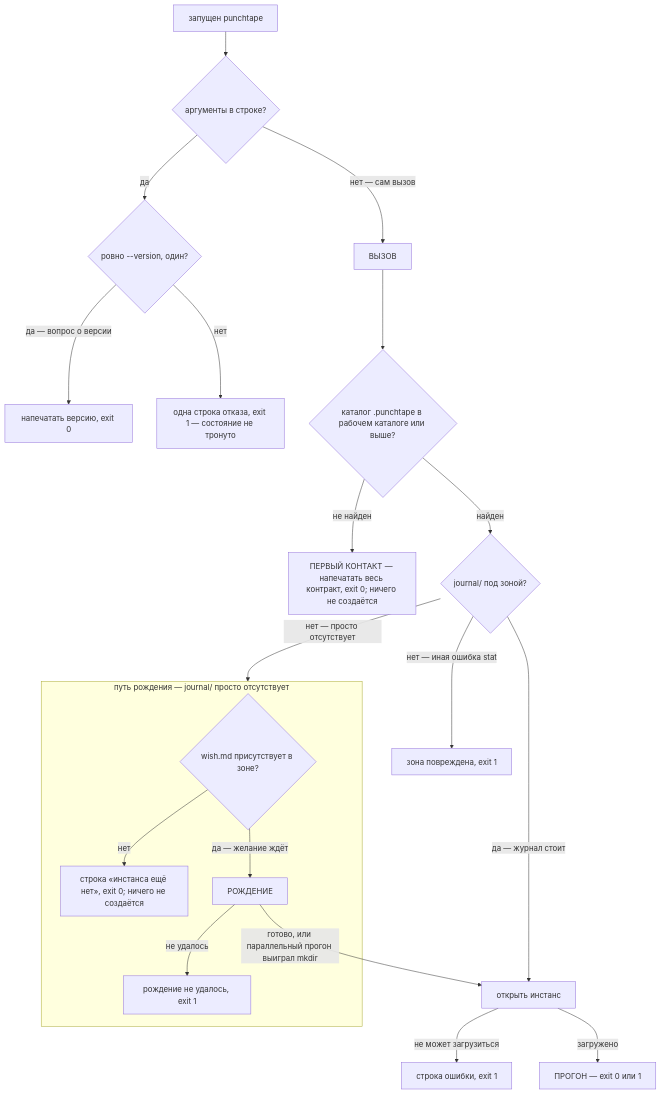
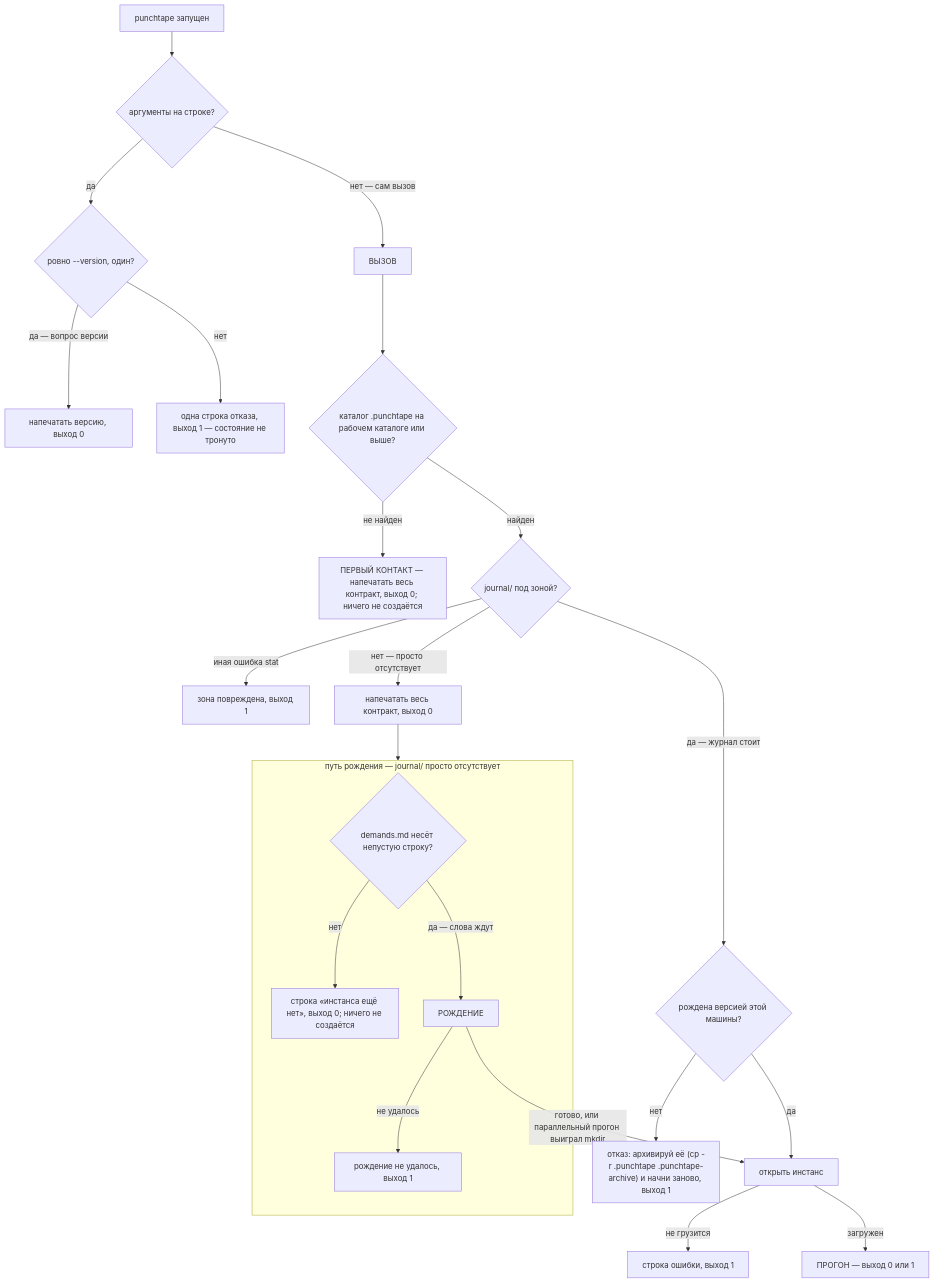
One commit to neurophant/punchtape changed the first of 9 diagrams in docs/ARCHITECTURE.ru.md. Above: the diagram before and after it, drawn with Mermaid. The commit also changed other lines of this file and 80 other files, not shown here.

````diff
--- a/docs/ARCHITECTURE.ru.md
+++ b/docs/ARCHITECTURE.ru.md
@@ -120,23 +126,26 @@
 ```mermaid
 flowchart TD
-    L["запущен punchtape"] --> ARGS{"аргументы в строке?"}
+    L["punchtape запущен"] --> ARGS{"аргументы на строке?"}
     ARGS -- "да" --> VER{"ровно --version, один?"}
-    VER -- "да — вопрос о версии" --> VOUT["напечатать версию, exit 0"]
-    VER -- "нет" --> REF["одна строка отказа, exit 1 — состояние не тронуто"]
+    VER -- "да — вопрос версии" --> VOUT["напечатать версию, выход 0"]
+    VER -- "нет" --> REF["одна строка отказа, выход 1 — состояние не тронуто"]
     ARGS -- "нет — сам вызов" --> CALL["ВЫЗОВ"]
-    CALL --> ZONE{"каталог .punchtape в рабочем каталоге или выше?"}
-    ZONE -- "не найден" --> FIRST["ПЕРВЫЙ КОНТАКТ — напечатать весь контракт, exit 0; ничего не создаётся"]
+    CALL --> ZONE{"каталог .punchtape на рабочем каталоге или выше?"}
+    ZONE -- "не найден" --> FIRST["ПЕРВЫЙ КОНТАКТ — напечатать весь контракт, выход 0; ничего не создаётся"]
     ZONE -- "найден" --> JD{"journal/ под зоной?"}
-    JD -- "нет — иная ошибка stat" --> DAM["зона повреждена, exit 1"]
-    JD -- "да — журнал стоит" --> OPEN["открыть инстанс"]
+    JD -- "иная ошибка stat" --> DAM["зона повреждена, выход 1"]
+    JD -- "да — журнал стоит" --> VERG{"рождена версией этой машины?"}
+    VERG -- "нет" --> FOR["отказ: архивируй её (cp -r .punchtape .punchtape-archive) и начни заново, выход 1"]
+    VERG -- "да" --> OPEN["открыть инстанс"]
     subgraph BIRTHPATH["путь рождения — journal/ просто отсутствует"]
-      WISH{"wish.md присутствует в зоне?"}
-      WISH -- "нет" --> SLOT["строка «инстанса ещё нет», exit 0; ничего не создаётся"]
-      WISH -- "да — желание ждёт" --> BIRTH["РОЖДЕНИЕ"]
-      BIRTH -- "не удалось" --> BFAIL["рождение не удалось, exit 1"]
+      WORDS{"demands.md несёт непустую строку?"}
+      WORDS -- "нет" --> SLOT["строка «инстанса ещё нет», выход 0; ничего не создаётся"]
+      WORDS -- "да — слова ждут" --> BIRTH["РОЖДЕНИЕ"]
+      BIRTH -- "не удалось" --> BFAIL["рождение не удалось, выход 1"]
     end
-    JD -- "нет — просто отсутствует" --> BIRTHPATH
+    JD -- "нет — просто отсутствует" --> CONTRACT["напечатать весь контракт, выход 0"]
+    CONTRACT --> BIRTHPATH
     BIRTH -- "готово, или параллельный прогон выиграл mkdir" --> OPEN
-    OPEN -- "не может загрузиться" --> OERR["строка ошибки, exit 1"]
-    OPEN -- "загружено" --> RUN["ПРОГОН — exit 0 или 1"]
+    OPEN -- "не грузится" --> OERR["строка ошибки, выход 1"]
+    OPEN -- "загружен" --> RUN["ПРОГОН — выход 0 или 1"]
 ```
````
